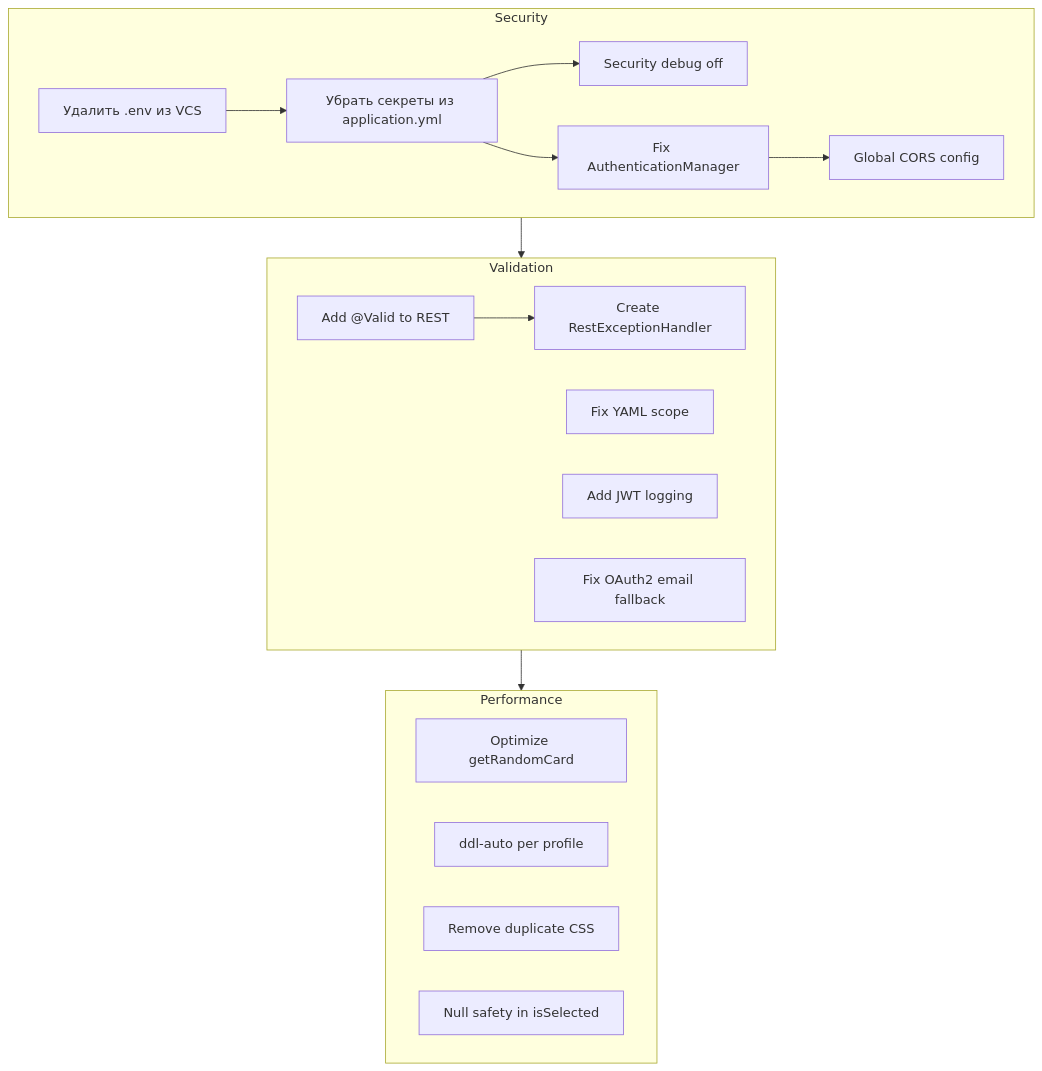
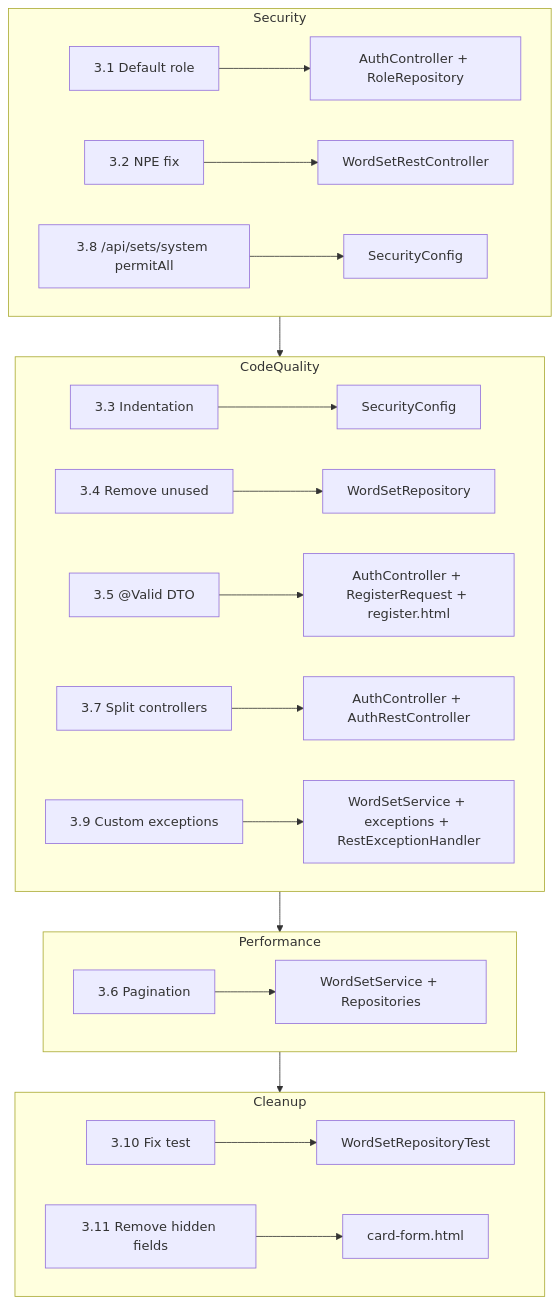
Before and after one commit to AlexandrMotorin/ItemCardLesson: the diagram in docs/plans/fix-review-issues.md, drawn with Mermaid. The commit also changed other lines of this file and 96 other files, not shown here.

First line of the commit message:
feat(auth): add user registration and improve authentication flows

````diff
--- a/docs/plans/fix-review-issues.md
+++ b/docs/plans/fix-review-issues.md
@@ -264,25 +540,27 @@
 ```mermaid
 flowchart TB
     subgraph Security
-        A[Удалить .env из VCS] --> B[Убрать секреты из application.yml]
-        B --> C[Security debug off]
-        B --> D[Fix AuthenticationManager]
-        D --> E[Global CORS config]
+        A1[3.1 Default role] --> File1[AuthController + RoleRepository]
+        A2[3.2 NPE fix] --> File2[WordSetRestController]
+        A3[3.8 /api/sets/system permitAll] --> File3[SecurityConfig]
     end
-    
-    subgraph Validation
-        F[Add @Valid to REST] --> G[Create RestExceptionHandler]
-        H[Fix YAML scope] 
-        I[Add JWT logging]
-        J[Fix OAuth2 email fallback]
+
+    subgraph CodeQuality
+        B1[3.3 Indentation] --> File4[SecurityConfig]
+        B2[3.4 Remove unused] --> File5[WordSetRepository]
+        B3[3.5 @Valid DTO] --> File6[AuthController + RegisterRequest + register.html]
+        B4[3.7 Split controllers] --> File7[AuthController + AuthRestController]
+        B5[3.9 Custom exceptions] --> File8[WordSetService + exceptions + RestExceptionHandler]
     end
-    
+
     subgraph Performance
-        K[Optimize getRandomCard]
-        L[ddl-auto per profile]
-        M[Remove duplicate CSS]
-        N[Null safety in isSelected]
+        C1[3.6 Pagination] --> File9[WordSetService + Repositories]
     end
-    
-    Security --> Validation --> Performance
+
+    subgraph Cleanup
+        D1[3.10 Fix test] --> File10[WordSetRepositoryTest]
+        D2[3.11 Remove hidden fields] --> File11[card-form.html]
+    end
+
+    Security --> CodeQuality --> Performance --> Cleanup
 ```
````
